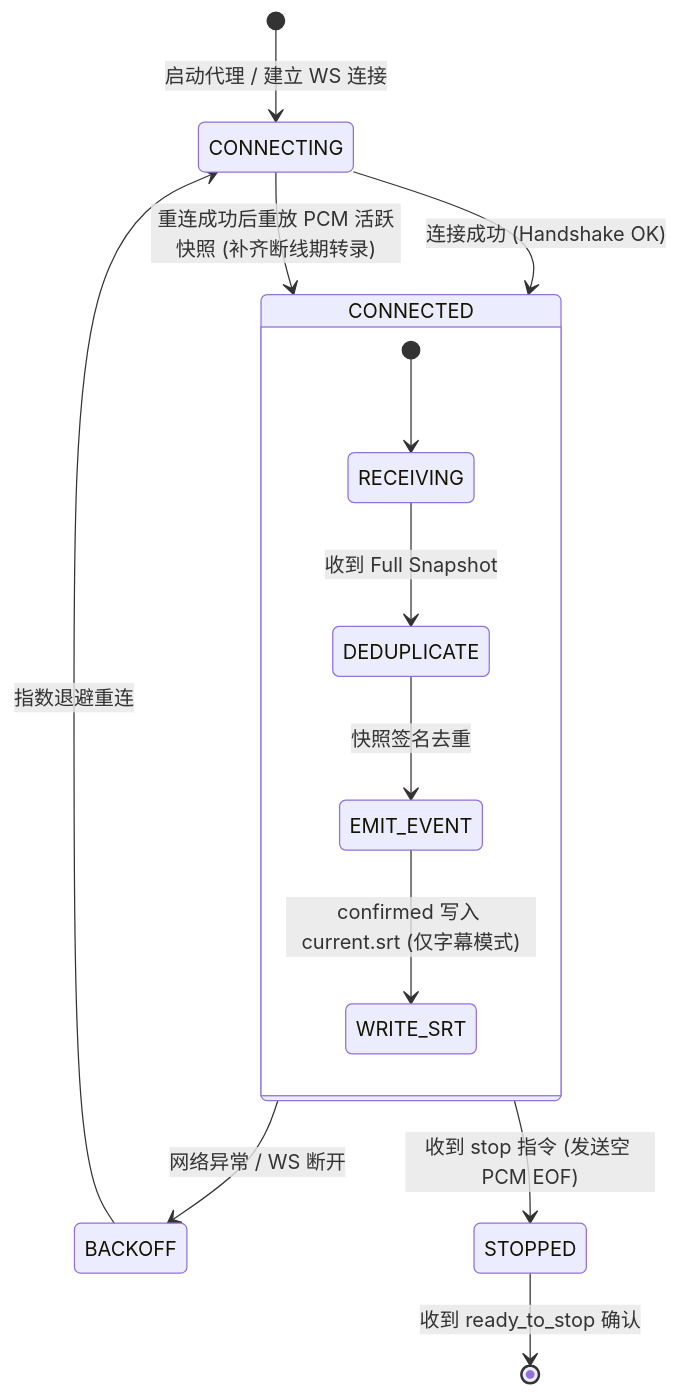
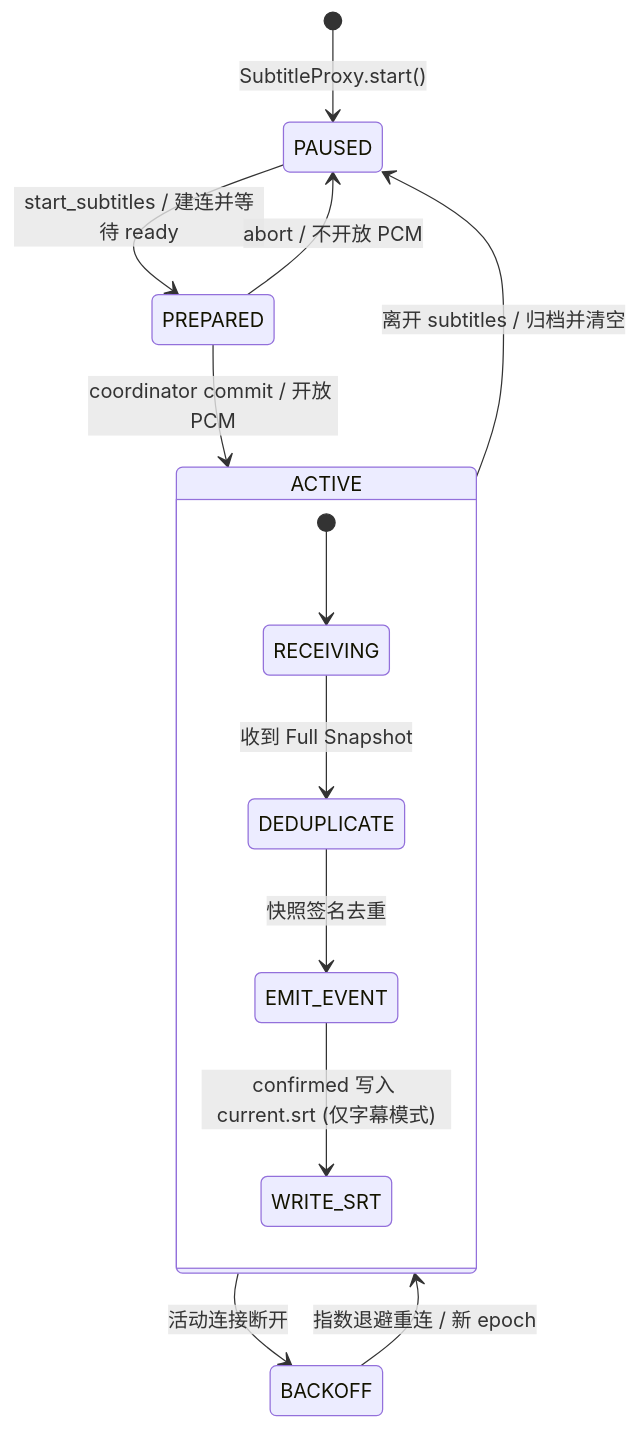
The ninth of 13 diagrams in docs/系统总体架构与详细设计方案.md (hrygo/voice-realtime), drawn with Mermaid before and after one commit. The commit also changed other lines of this file and 2 other files, not shown here.

````diff
--- a/docs/系统总体架构与详细设计方案.md
+++ b/docs/系统总体架构与详细设计方案.md
@@ -449,19 +486,18 @@
 ```mermaid
 stateDiagram-v2
-    [*] --> CONNECTING : 启动代理 / 建立 WS 连接
-    CONNECTING --> CONNECTED : 连接成功 (Handshake OK)
-    
-    state CONNECTED {
+    [*] --> PAUSED : SubtitleProxy.start()
+    PAUSED --> PREPARED : start_subtitles / 建连并等待 ready
+    PREPARED --> ACTIVE : coordinator commit / 开放 PCM
+
+    state ACTIVE {
         [*] --> RECEIVING
         RECEIVING --> DEDUPLICATE : 收到 Full Snapshot
         DEDUPLICATE --> EMIT_EVENT : 快照签名去重
         EMIT_EVENT --> WRITE_SRT : confirmed 写入 current.srt (仅字幕模式)
     }
 
-    CONNECTED --> BACKOFF : 网络异常 / WS 断开
-    BACKOFF --> CONNECTING : 指数退避重连
-    CONNECTING --> CONNECTED : 重连成功后重放 PCM 活跃快照 (补齐断线期转录)
-
-    CONNECTED --> STOPPED : 收到 stop 指令 (发送空 PCM EOF)
-    STOPPED --> [*] : 收到 ready_to_stop 确认
+    ACTIVE --> BACKOFF : 活动连接断开
+    BACKOFF --> ACTIVE : 指数退避重连 / 新 epoch
+    ACTIVE --> PAUSED : 离开 subtitles / 归档并清空
+    PREPARED --> PAUSED : abort / 不开放 PCM
 ```
````
